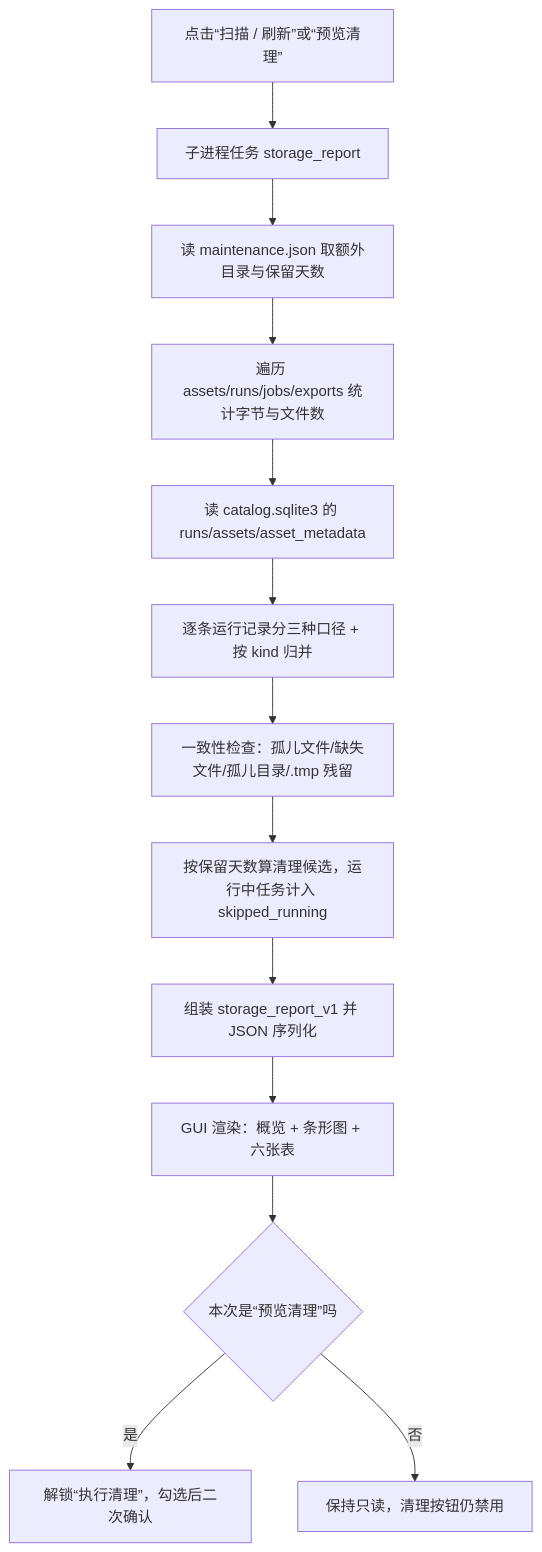
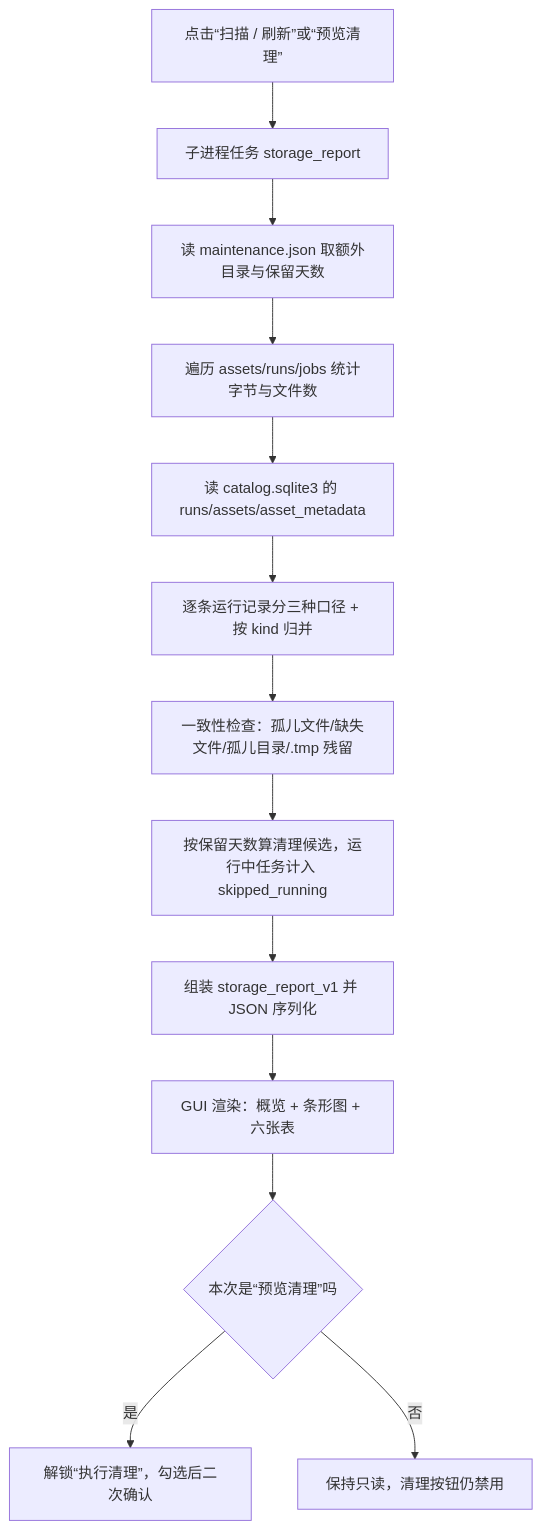
The diagram in docs/电磁信号分析和识别/数据管理页面.md (darkking1112/SimuSingal), drawn with Mermaid before and after one commit. The commit also changed other lines of this file and 36 other files, not shown here.

````diff
--- a/docs/电磁信号分析和识别/数据管理页面.md
+++ b/docs/电磁信号分析和识别/数据管理页面.md
@@ -86,15 +85,15 @@
 ```mermaid
 flowchart TB
     A[点击“扫描 / 刷新”或“预览清理”] --> B[子进程任务 storage_report]
     B --> C[读 maintenance.json 取额外目录与保留天数]
-    C --> D[遍历 assets/runs/jobs/exports 统计字节与文件数]
+    C --> D[遍历 assets/runs/jobs 统计字节与文件数]
     D --> E[读 catalog.sqlite3 的 runs/assets/asset_metadata]
     E --> F[逐条运行记录分三种口径 + 按 kind 归并]
     F --> G[一致性检查：孤儿文件/缺失文件/孤儿目录/.tmp 残留]
     G --> H[按保留天数算清理候选，运行中任务计入 skipped_running]
     H --> I[组装 storage_report_v1 并 JSON 序列化]
     I --> J[GUI 渲染：概览 + 条形图 + 六张表]
     J --> K{本次是“预览清理”吗}
     K -- 是 --> L[解锁“执行清理”，勾选后二次确认]
     K -- 否 --> M[保持只读，清理按钮仍禁用]
 ```
````
